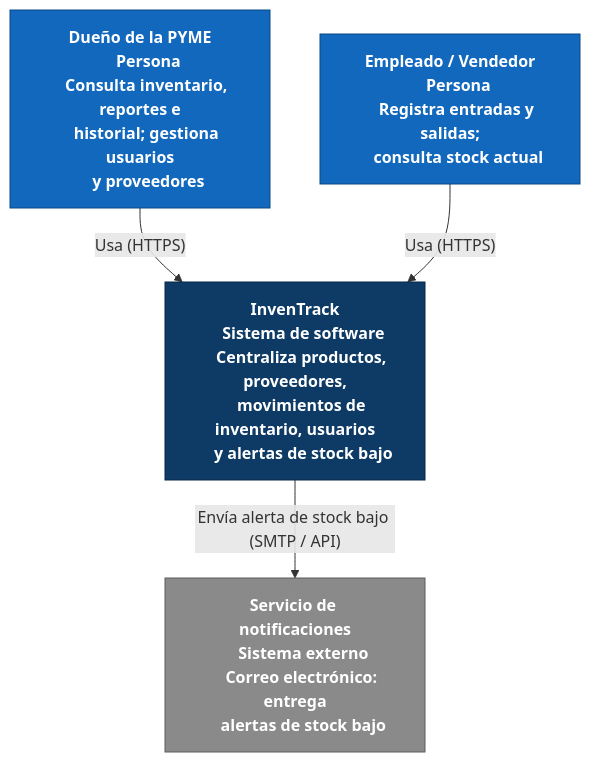
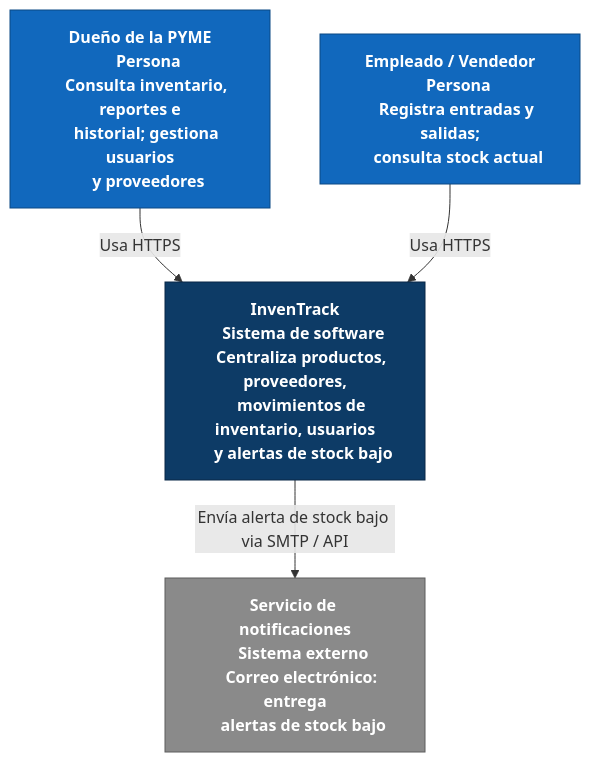
Before and after one commit to ISCOUTB/AS_202620_InvenTrack: the diagram in docs/c4/context.md, drawn with Mermaid.

Commit message:
Refactor context.md for better readability

````diff
--- a/docs/c4/context.md
+++ b/docs/c4/context.md
@@ -17,36 +17,36 @@
 ```mermaid
 flowchart TB
     Dueno["Dueño de la PYME
     Persona
     Consulta inventario, reportes e
     historial; gestiona usuarios
     y proveedores"]
 
     Empleado["Empleado / Vendedor
     Persona
     Registra entradas y salidas;
     consulta stock actual"]
 
     InvenTrack["InvenTrack
     Sistema de software
     Centraliza productos, proveedores,
     movimientos de inventario, usuarios
     y alertas de stock bajo"]
 
     Notif["Servicio de notificaciones
     Sistema externo
     Correo electrónico: entrega
     alertas de stock bajo"]
 
-    Dueno -- "Usa (HTTPS)" --> InvenTrack
-    Empleado -- "Usa (HTTPS)" --> InvenTrack
-    InvenTrack -- "Envía alerta de stock bajo (SMTP / API)" --> Notif
+    Dueno -->|Usa HTTPS| InvenTrack
+    Empleado -->|Usa HTTPS| InvenTrack
+    InvenTrack -->|Envía alerta de stock bajo via SMTP / API| Notif
 
     classDef person fill:#1168bd,stroke:#0b4884,color:#ffffff,font-weight:bold
     classDef system fill:#0d3b66,stroke:#082746,color:#ffffff,font-weight:bold
     classDef external fill:#8a8a8a,stroke:#5c5c5c,color:#ffffff,font-weight:bold
 
     class Dueno,Empleado person
     class InvenTrack system
     class Notif external
 ```
````
